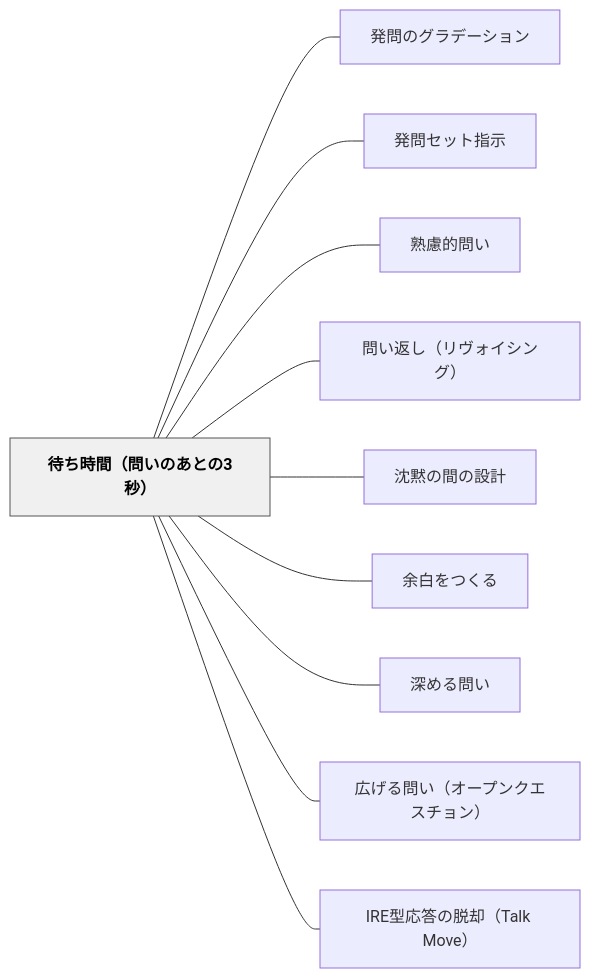
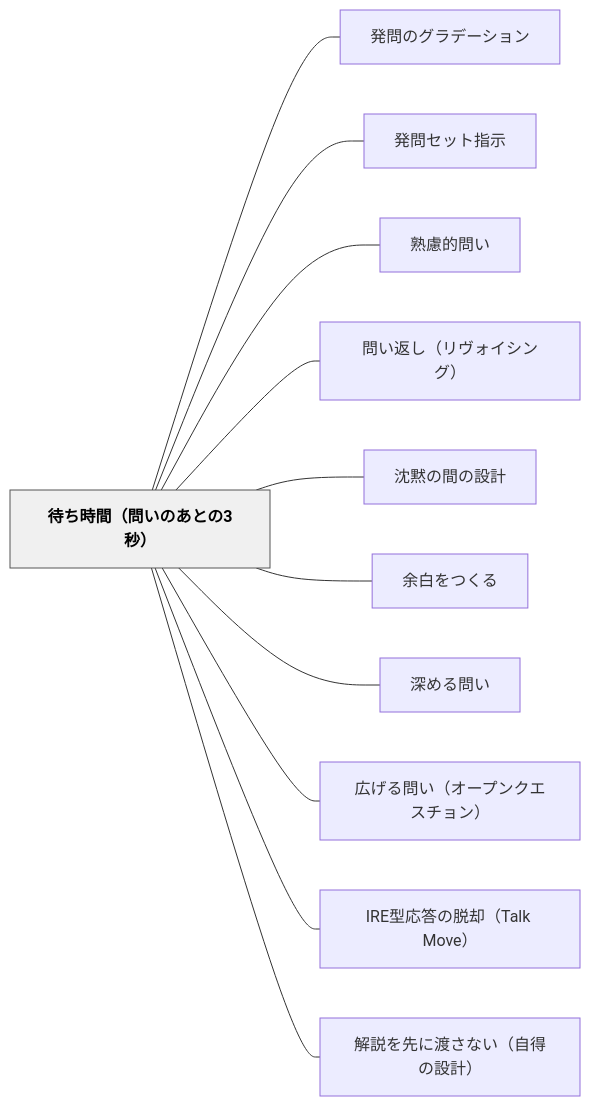
One commit to unknownthings-ed-patterns/unknownthings-ed-patterns changed the diagram in content/パタン/待ち時間（問いのあとの3秒）.md. Above: the diagram before and after it, drawn with Mermaid. The commit also changed other lines of this file and 11 other files, not shown here.

````diff
--- a/content/パタン/待ち時間（問いのあとの3秒）.md
+++ b/content/パタン/待ち時間（問いのあとの3秒）.md
@@ -116,26 +117,28 @@
 ```mermaid
 flowchart LR
     ne5be85e381a1e69982e99693efbc88e5958fe38184e381aee38182e381a8e381ae33e7a792efbc89["待ち時間（問いのあとの3秒）"]
     ne799bae5958fe381aee382b0e383a9e38387e383bce382b7e383a7e383b3["発問のグラデーション"]
     ne799bae5958fe382bbe38383e38388e68c87e7a4ba["発問セット指示"]
     ne7869fe685aee79a84e5958fe38184["熟慮的問い"]
     ne5958fe38184e8bf94e38197efbc88e383aae383b4e382a9e382a4e382b7e383b3e382b0efbc89["問い返し（リヴォイシング）"]
     ne6b288e9bb99e381aee99693e381aee8a8ade8a888["沈黙の間の設計"]
     ne4bd99e799bde38292e381a4e3818fe3828b["余白をつくる"]
     ne6b7b1e38281e3828be5958fe38184["深める問い"]
     ne5ba83e38192e3828be5958fe38184efbc88e382aae383bce38397e383b3e382afe382a8e382b9e38381e383a7e383b3efbc89["広げる問い（オープンクエスチョン）"]
     n495245e59e8be5bf9ce7ad94e381aee884b1e58db4efbc8854616c6b204d6f7665efbc89["IRE型応答の脱却（Talk Move）"]
+    ne8a7a3e8aaace38292e58588e381abe6b8a1e38195e381aae38184efbc88e887aae5be97e381aee8a8ade8a888efbc89["解説を先に渡さない（自得の設計）"]
 
     ne5be85e381a1e69982e99693efbc88e5958fe38184e381aee38182e381a8e381ae33e7a792efbc89 --- ne799bae5958fe381aee382b0e383a9e38387e383bce382b7e383a7e383b3
     ne5be85e381a1e69982e99693efbc88e5958fe38184e381aee38182e381a8e381ae33e7a792efbc89 --- ne799bae5958fe382bbe38383e38388e68c87e7a4ba
     ne5be85e381a1e69982e99693efbc88e5958fe38184e381aee38182e381a8e381ae33e7a792efbc89 --- ne7869fe685aee79a84e5958fe38184
     ne5be85e381a1e69982e99693efbc88e5958fe38184e381aee38182e381a8e381ae33e7a792efbc89 --- ne5958fe38184e8bf94e38197efbc88e383aae383b4e382a9e382a4e382b7e383b3e382b0efbc89
     ne5be85e381a1e69982e99693efbc88e5958fe38184e381aee38182e381a8e381ae33e7a792efbc89 --- ne6b288e9bb99e381aee99693e381aee8a8ade8a888
     ne5be85e381a1e69982e99693efbc88e5958fe38184e381aee38182e381a8e381ae33e7a792efbc89 --- ne4bd99e799bde38292e381a4e3818fe3828b
     ne5be85e381a1e69982e99693efbc88e5958fe38184e381aee38182e381a8e381ae33e7a792efbc89 --- ne6b7b1e38281e3828be5958fe38184
     ne5be85e381a1e69982e99693efbc88e5958fe38184e381aee38182e381a8e381ae33e7a792efbc89 --- ne5ba83e38192e3828be5958fe38184efbc88e382aae383bce38397e383b3e382afe382a8e382b9e38381e383a7e383b3efbc89
     ne5be85e381a1e69982e99693efbc88e5958fe38184e381aee38182e381a8e381ae33e7a792efbc89 --- n495245e59e8be5bf9ce7ad94e381aee884b1e58db4efbc8854616c6b204d6f7665efbc89
+    ne5be85e381a1e69982e99693efbc88e5958fe38184e381aee38182e381a8e381ae33e7a792efbc89 --- ne8a7a3e8aaace38292e58588e381abe6b8a1e38195e381aae38184efbc88e887aae5be97e381aee8a8ade8a888efbc89
 
     classDef hub fill:#f0f0f0,stroke:#555,color:#000,font-weight:bold
     class ne5be85e381a1e69982e99693efbc88e5958fe38184e381aee38182e381a8e381ae33e7a792efbc89 hub
 ```
````
